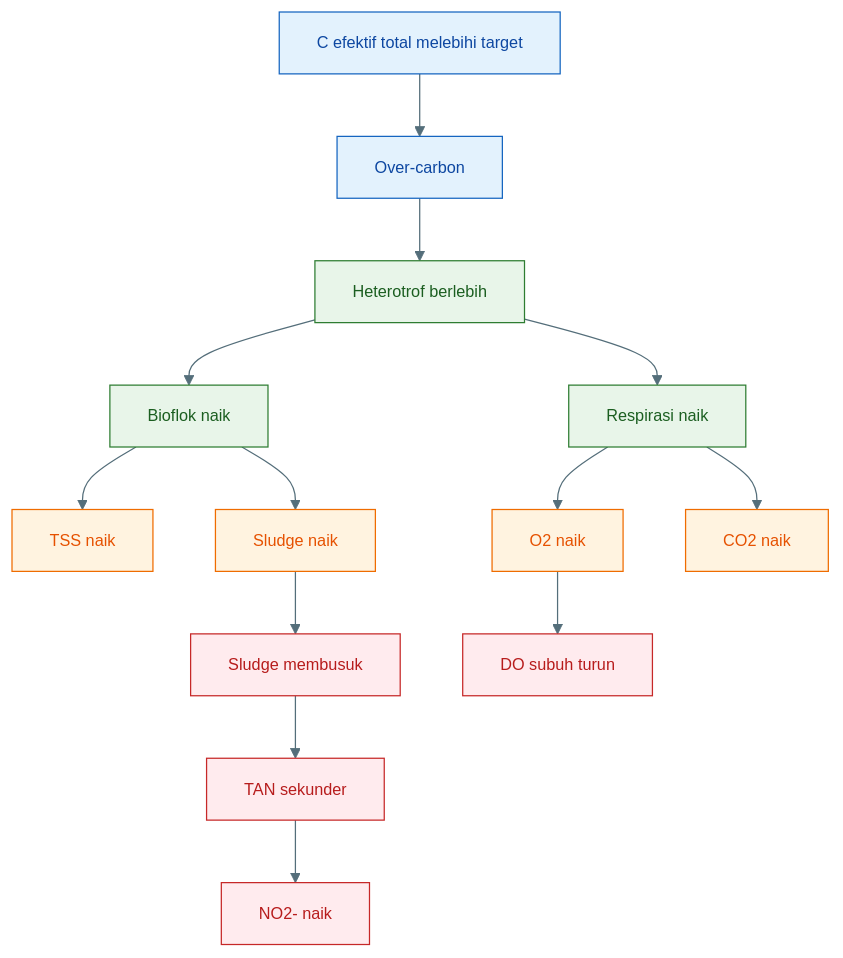
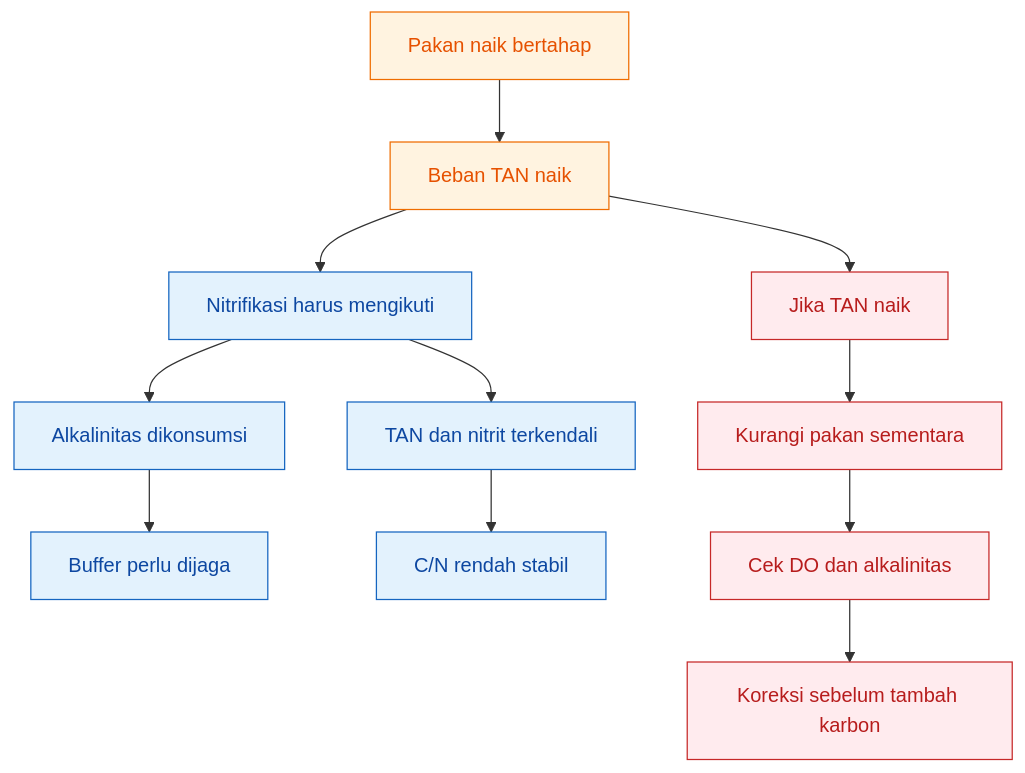
Diagram 16 of 22 in content/blog/agri/perikanan/ratio-cn-rendah-biflok.mdx (slametsampon/kawruhnology), drawn with Mermaid before and after one commit. The commit also changed other lines of this file, not shown here.

Commit message:
update ratio-cn-rendah

````diff
--- a/content/blog/agri/perikanan/ratio-cn-rendah-biflok.mdx
+++ b/content/blog/agri/perikanan/ratio-cn-rendah-biflok.mdx
@@ -3331,40 +1999,23 @@
-```mermaid id="over-carbon-oksigen"
-%%{init: {'theme':'base','themeVariables':{
-'primaryColor':'#E3F2FD',
-'primaryTextColor':'#0D47A1',
-'primaryBorderColor':'#1565C0',
-'secondaryColor':'#E8F5E9',
-'secondaryTextColor':'#1B5E20',
-'secondaryBorderColor':'#2E7D32',
-'tertiaryColor':'#FFF3E0',
-'tertiaryTextColor':'#E65100',
-'tertiaryBorderColor':'#EF6C00',
-'lineColor':'#546E7A',
-'fontSize':'13px'
-}}}%%
+```mermaid id="xb1s2z"
 flowchart TD
-    A["C efektif total melebihi target"] --> B["Over-carbon"]
-    B --> C["Heterotrof berlebih"]
-    C --> D["Bioflok naik"]
-    D --> E["TSS naik"]
-    D --> F["Sludge naik"]
+    A["Pakan naik bertahap"] --> B["Beban TAN naik"]
+    B --> C["Nitrifikasi harus mengikuti"]
+    C --> D["Alkalinitas dikonsumsi"]
+    D --> E["Buffer perlu dijaga"]
+    C --> F["TAN dan nitrit terkendali"]
+    F --> G["C/N rendah stabil"]
 
-    C --> G["Respirasi naik"]
-    G --> H["O2 naik"]
-    H --> I["DO subuh turun"]
-    G --> J["CO2 naik"]
+    B --> H["Jika TAN naik"]
+    H --> I["Kurangi pakan sementara"]
+    I --> J["Cek DO dan alkalinitas"]
+    J --> K["Koreksi sebelum tambah karbon"]
 
-    F --> K["Sludge membusuk"]
-    K --> L["TAN sekunder"]
-    L --> M["NO2- naik"]
+    classDef feed fill:#fff3e0,stroke:#ef6c00,color:#e65100;
+    classDef process fill:#e3f2fd,stroke:#1565c0,color:#0d47a1;
+    classDef stable fill:#e8f5e9,stroke:#2e7d32,color:#1b5e20;
+    classDef warning fill:#ffebee,stroke:#c62828,color:#b71c1c;
 
-    classDef awal fill:#E3F2FD,stroke:#1565C0,color:#0D47A1;
-    classDef proses fill:#E8F5E9,stroke:#2E7D32,color:#1B5E20;
-    classDef risiko fill:#FFF3E0,stroke:#EF6C00,color:#E65100;
-    classDef bahaya fill:#FFEBEE,stroke:#C62828,color:#B71C1C;
-
-    class A,B awal;
-    class C,D,G proses;
-    class E,F,H,J risiko;
-    class I,K,L,M bahaya;
+    class A,B feed;
+    class C,D,E,F,G process;
+    class H,I,J,K warning;
 ```
````
